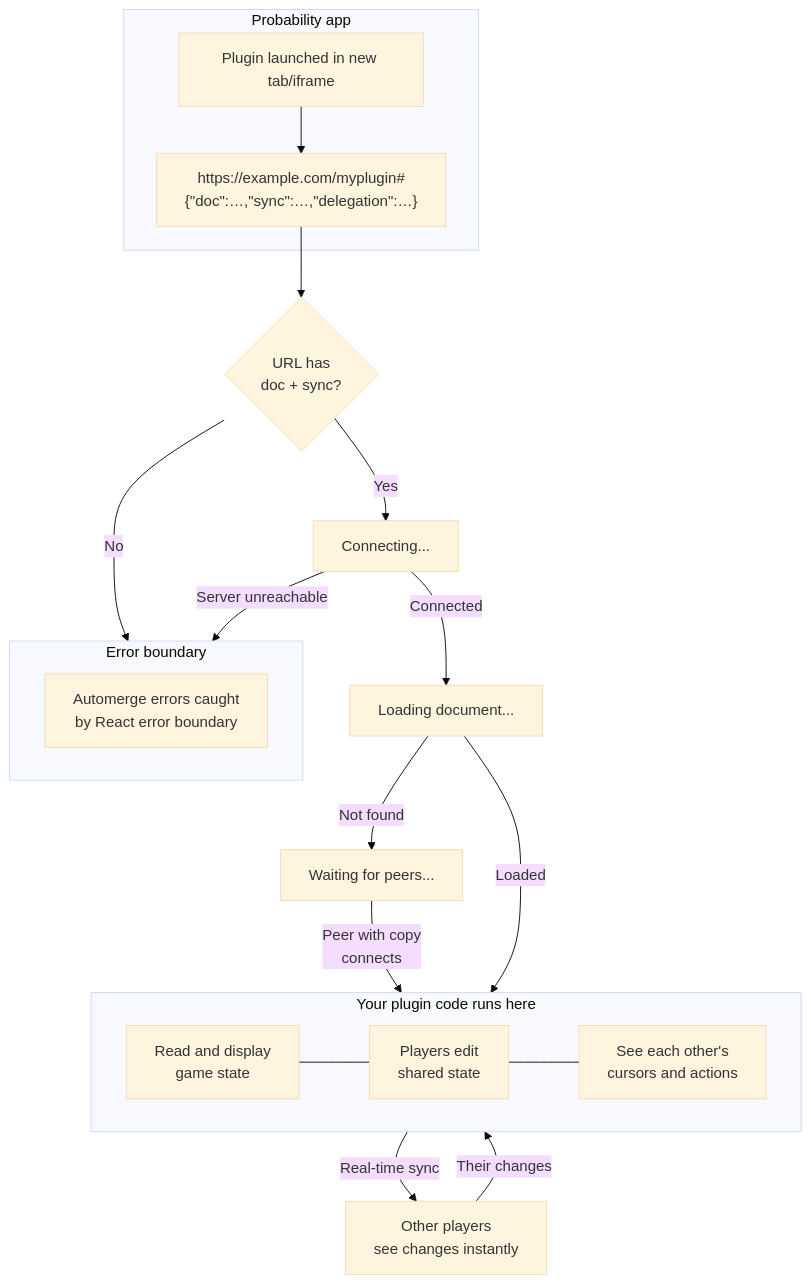
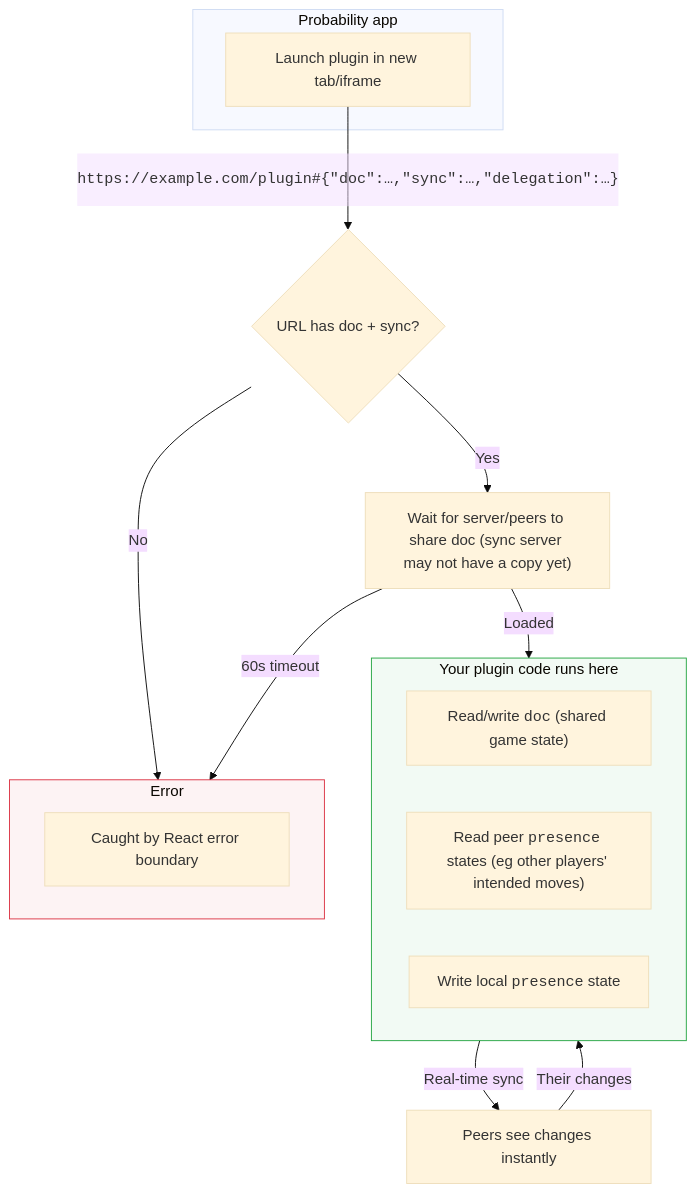
Before and after one commit to probability-nz/plugin-sdk: the diagram in README.md, drawn with Mermaid (base theme). The commit also changed other lines of this file and 4 other files, not shown here.

Commit message:
Revamp README: lifecycle diagram, rename usePresenceState, add docs

````diff
--- a/README.md
+++ b/README.md
@@ -30,35 +57,29 @@
 ```mermaid
 flowchart TD
     subgraph prob ["Probability app"]
-        A["Plugin launched in new tab/iframe"]
-        A --> B["https://example.com/myplugin#&lbrace;#quot;doc#quot;:…,#quot;sync#quot;:…,#quot;delegation#quot;:…&rbrace;"]
+        A["Launch plugin in new tab/iframe"]
     end
 
-    B --> C{"URL has<br/>doc + sync?"}
+    A -- "<pre>https://example.com/plugin#&lbrace;#quot;doc#quot;:…,#quot;sync#quot;:…,#quot;delegation#quot;:…&rbrace;</pre>" --> C{"URL has doc + sync?"}
     C -- "No" --> Err
-
-    C -- "Yes" --> D["Connecting..."]
-
-    D -- "Connected" --> E["Loading document..."]
-    D -- "Server unreachable" --> Err
-
-    E -- "Not found" --> Wait["Waiting for peers..."]
-    Wait -- "Peer with copy<br/>connects" --> Ready
+    C -- "Yes" --> E["Wait for server/peers to share doc (sync server may not have a copy yet)"]
     E -- "Loaded" --> Ready
+    E -- "60s timeout" --> Err
 
     subgraph Ready ["Your plugin code runs here"]
-        direction LR
-        R1["Read and display<br/>game state"]
-        R2["Players edit<br/>shared state"]
-        R3["See each other's<br/>cursors and actions"]
-        R1 --- R2 --- R3
+        R1["Read/write <code>doc</code> (shared game state)"]
+        R2["Read peer <code>presence</code> states (eg other players' intended moves)"]
+        R3["Write local <code>presence</code> state"]
+        
     end
 
-    Ready -- "Real-time sync" --> Peers["Other players<br/>see changes instantly"]
+    Ready -- "Real-time sync" --> Peers["Peers see changes instantly"]
     Peers -- "Their changes" --> Ready
 
-    subgraph Err ["Error boundary"]
-        ErrMsg["Automerge errors caught<br/>by React error boundary"]
+    subgraph Err ["Error"]
+        ErrMsg["Caught by React error boundary"]
     end
 
+    style Ready fill:#d4edda4d,stroke:#28a745
+    style Err fill:#f8d7da4d,stroke:#dc3545
 ```
````
